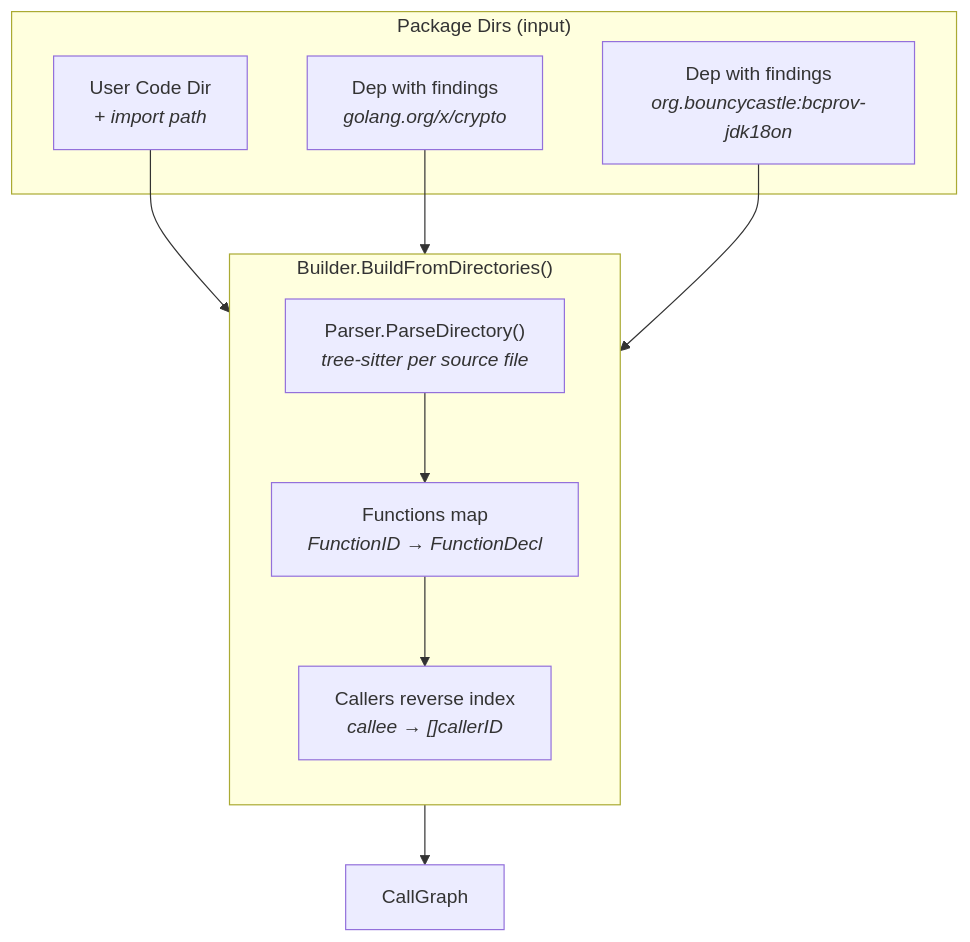
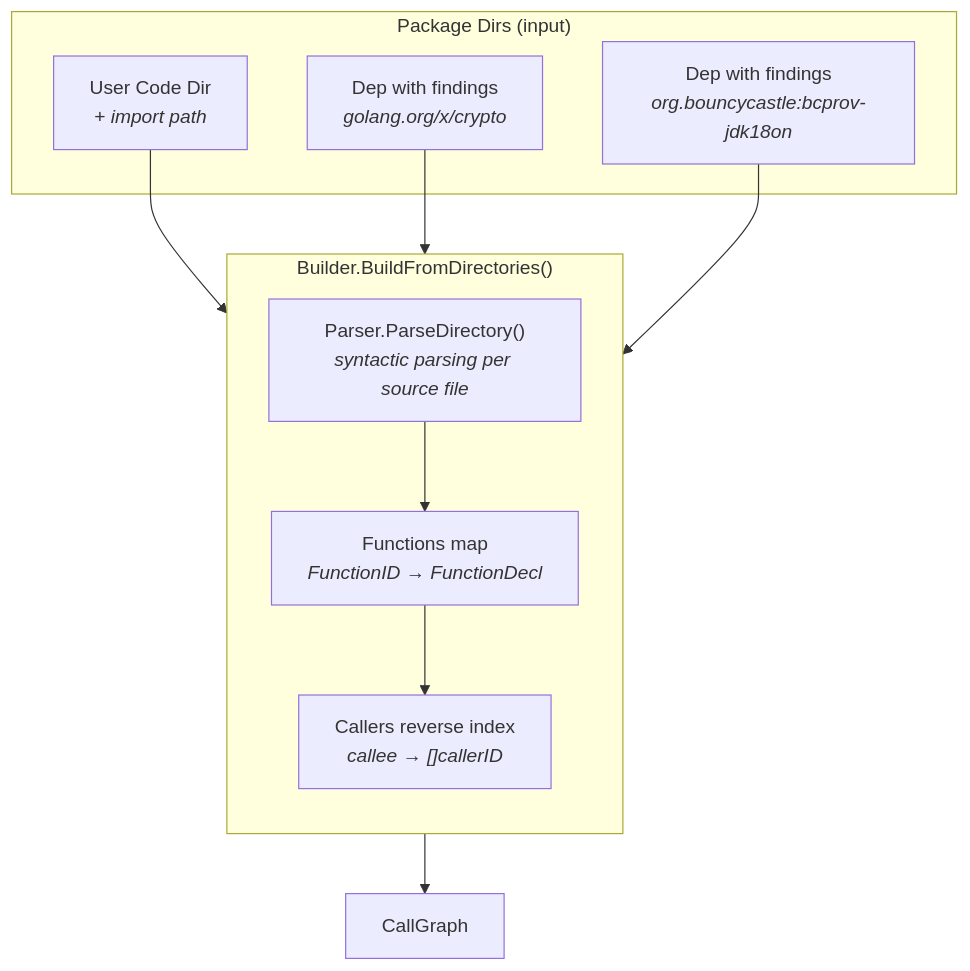
One commit to scanoss/crypto-finder changed the fourth of 7 diagrams in docs/DEPENDENCY_SCANNING.md. Above: the diagram before and after it, drawn with Mermaid. The commit also changed other lines of this file and 17 other files, not shown here.

Commit message:
feat: modify call chain schema

````diff
--- a/docs/DEPENDENCY_SCANNING.md
+++ b/docs/DEPENDENCY_SCANNING.md
@@ -92,24 +92,24 @@
 ```mermaid
 flowchart TB
     subgraph "Package Dirs (input)"
         U["User Code Dir<br/><i>+ import path</i>"]
         D1["Dep with findings<br/><i>golang.org/x/crypto</i>"]
         D2["Dep with findings<br/><i>org.bouncycastle:bcprov-jdk18on</i>"]
     end
 
     subgraph "Builder.BuildFromDirectories()"
         direction TB
-        Parse["Parser.ParseDirectory()<br/><i>tree-sitter per source file</i>"]
+        Parse["Parser.ParseDirectory()<br/><i>syntactic parsing per source file</i>"]
         FnMap["Functions map<br/><i>FunctionID → FunctionDecl</i>"]
         RevIdx["Callers reverse index<br/><i>callee → []callerID</i>"]
 
         Parse --> FnMap
         FnMap --> RevIdx
     end
 
     U --> Parse
     D1 --> Parse
     D2 --> Parse
 
     RevIdx --> CG["CallGraph"]
 ```
````
